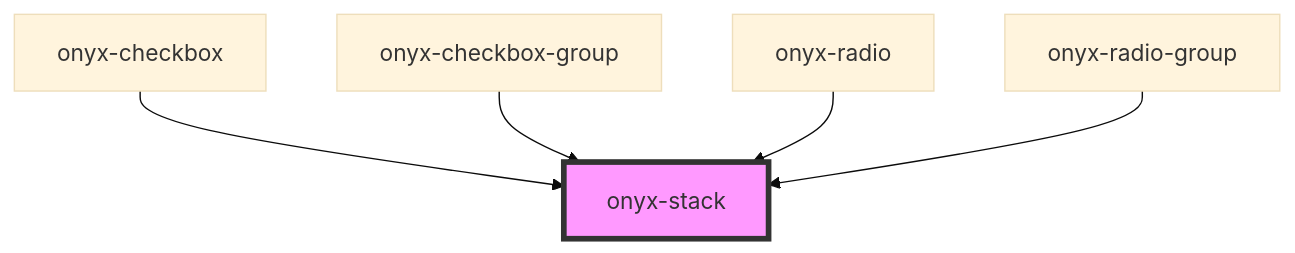
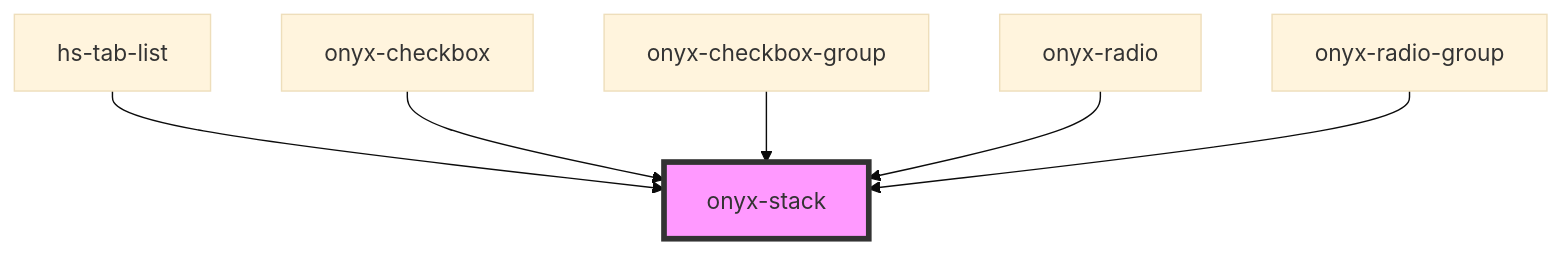
The diagram in src/components/onyx-stack/readme.md (fortune-max/onyx-design-system), drawn with Mermaid (base theme) before and after one commit. The commit also changed other lines of this file and 3 other files, not shown here.

````diff
--- a/src/components/onyx-stack/readme.md
+++ b/src/components/onyx-stack/readme.md
@@ -39,8 +40,9 @@
 ```mermaid
 graph TD;
+  hs-tab-list --> onyx-stack
   onyx-checkbox --> onyx-stack
   onyx-checkbox-group --> onyx-stack
   onyx-radio --> onyx-stack
   onyx-radio-group --> onyx-stack
   style onyx-stack fill:#f9f,stroke:#333,stroke-width:4px
 ```
````
